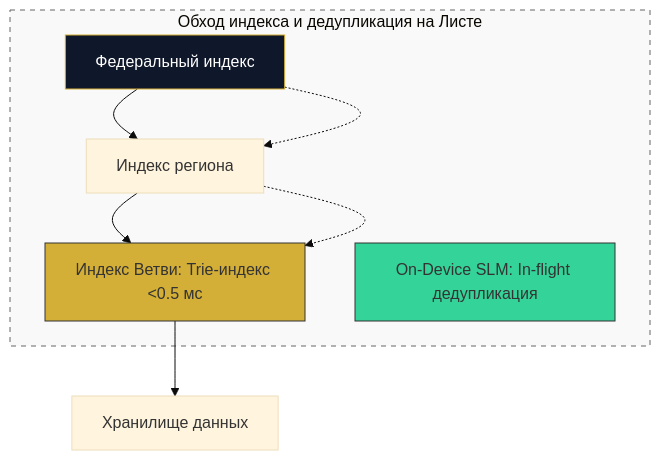
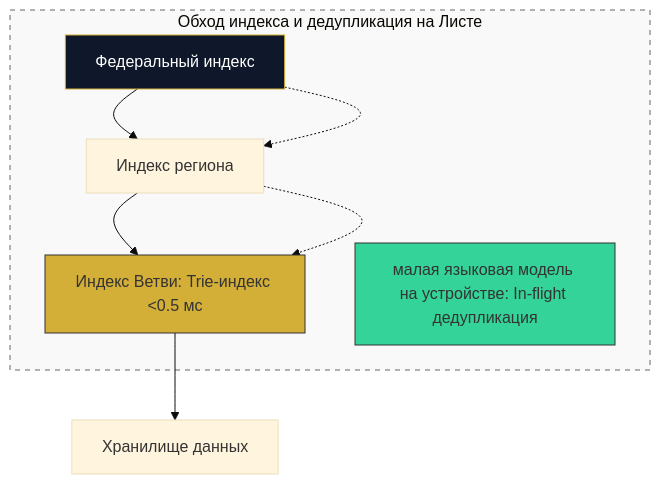
Before and after one commit to Data-Independence-Network/presentations: diagram 13 of 53 in shared_docs/Технический документ платформы Турбаза.md, drawn with Mermaid (base theme). The commit also changed other lines of this file and 8 other files, not shown here.

````diff
--- a/shared_docs/Технический документ платформы Турбаза.md
+++ b/shared_docs/Технический документ платформы Турбаза.md
@@ -332,17 +336,17 @@
 ```mermaid
 graph TD
     Root[Федеральный индекс] --> State[Индекс региона]
     State --> Branch[Индекс Ветви: Trie-индекс <0.5 мс]
     Branch --> Repo[Хранилище данных]
     
     subgraph Leaf_Traverse [Обход индекса и дедупликация на Листе]
         Root -.-> State
         State -.-> Branch
-        SLM[On-Device SLM: In-flight дедупликация]
+        SLM[малая языковая модель на устройстве: In-flight дедупликация]
     end
 
     style Root fill:#0F172A,stroke:#D4AF37,color:#fff
     style Branch fill:#D4AF37,stroke:#333
     style Leaf_Traverse fill:#f9f9f9,stroke:#666,stroke-dasharray: 5 5
     style SLM fill:#34D399,stroke:#333
 ```
````
